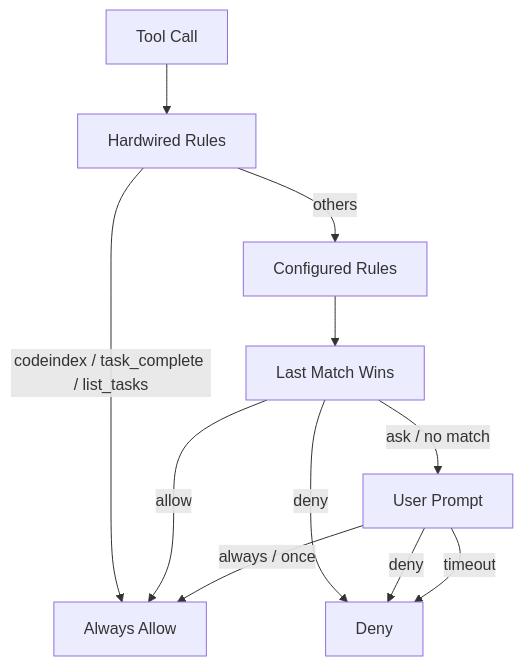
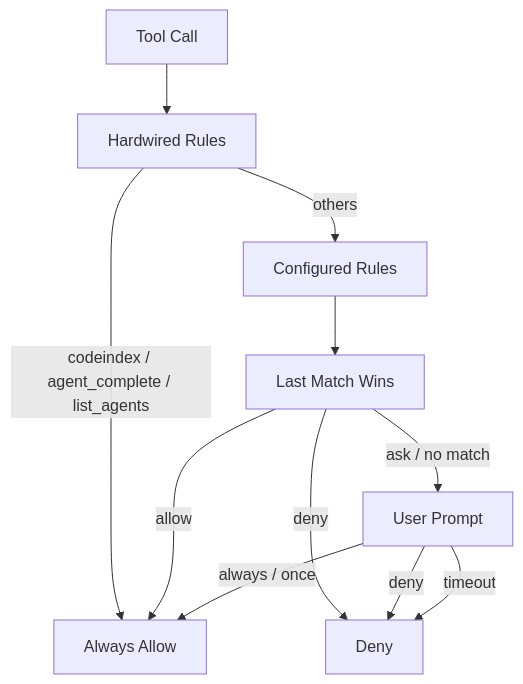
The eighth of 16 diagrams in SPEC.md (thawkins/ragent), drawn with Mermaid before and after one commit. The commit also changed other lines of this file and 123 other files, not shown here.

````diff
--- a/SPEC.md
+++ b/SPEC.md
@@ -765,13 +773,13 @@
 ```mermaid
 graph TD
     ToolCall[Tool Call] --> Hardwired[Hardwired Rules]
-    Hardwired -->|codeindex / task_complete / list_tasks| Allow[Always Allow]
+    Hardwired -->|codeindex / agent_complete / list_agents| Allow[Always Allow]
     Hardwired -->|others| Rules[Configured Rules]
     Rules --> Match[Last Match Wins]
     Match -->|allow| Allow
     Match -->|deny| Deny
     Match -->|ask / no match| Prompt[User Prompt]
     Prompt -->|always / once| Allow
     Prompt -->|deny| Deny
     Prompt -->|timeout| Deny
 ```
````
